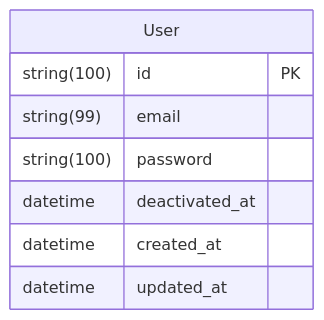
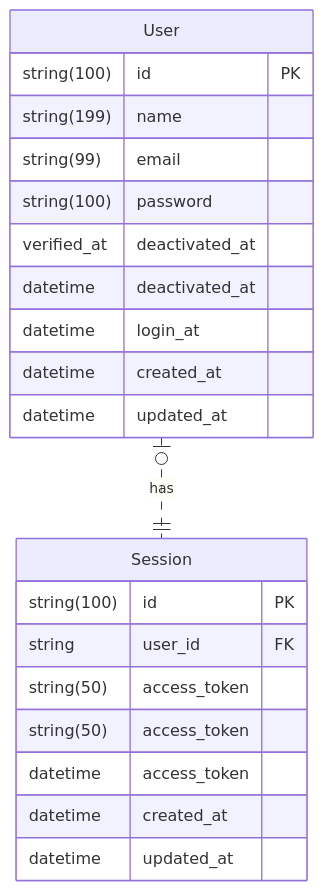
The diagram in README.md (allestaire/MildTransfer), drawn with Mermaid before and after one commit.

Commit message:
:memo: ERD

````diff
--- a/README.md
+++ b/README.md
@@ -21,11 +21,26 @@
 ```mermaid
 erDiagram
+    User |o..|| Session : has
+
     User {
         string(100) id PK
+        string(199) name
         string(99) email
         string(100) password
+        verified_at deactivated_at
         datetime deactivated_at
+        datetime login_at
+        datetime created_at
+        datetime updated_at
+    }
+
+    Session {
+        string(100) id PK
+        string user_id FK
+        string(50) access_token
+        string(50) access_token
+        datetime access_token
         datetime created_at
         datetime updated_at
     }
 ```
````
